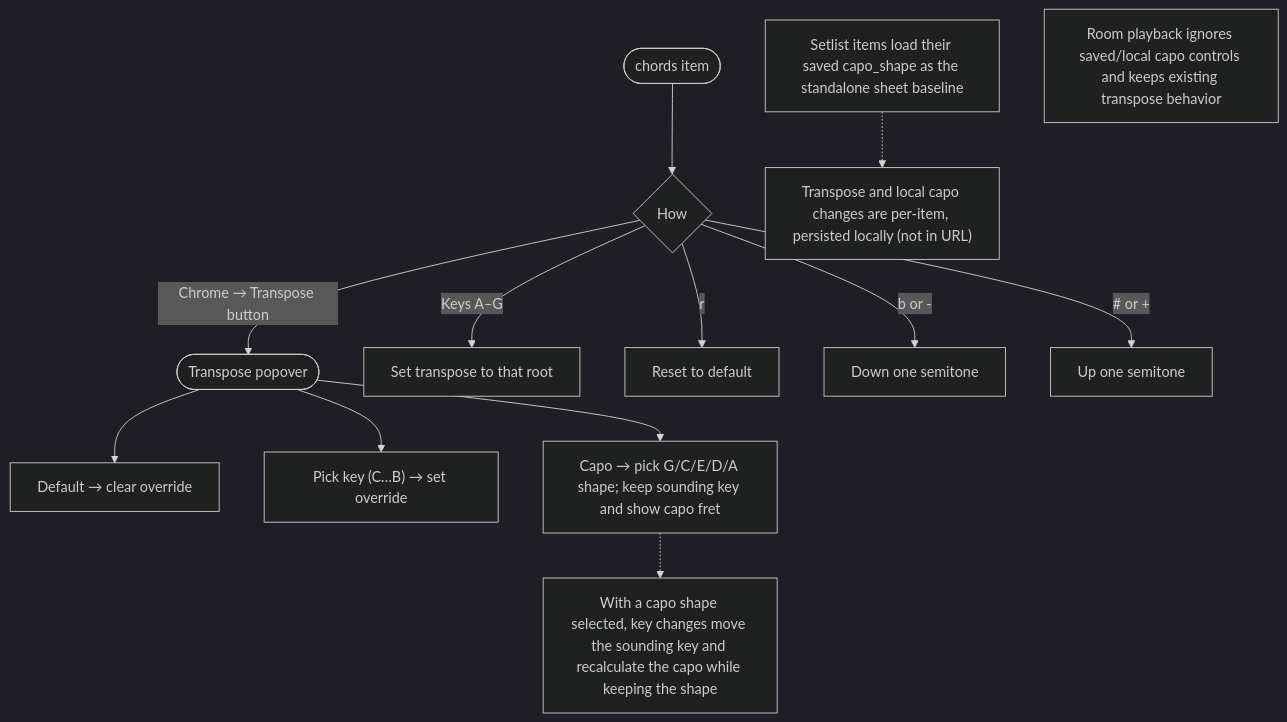
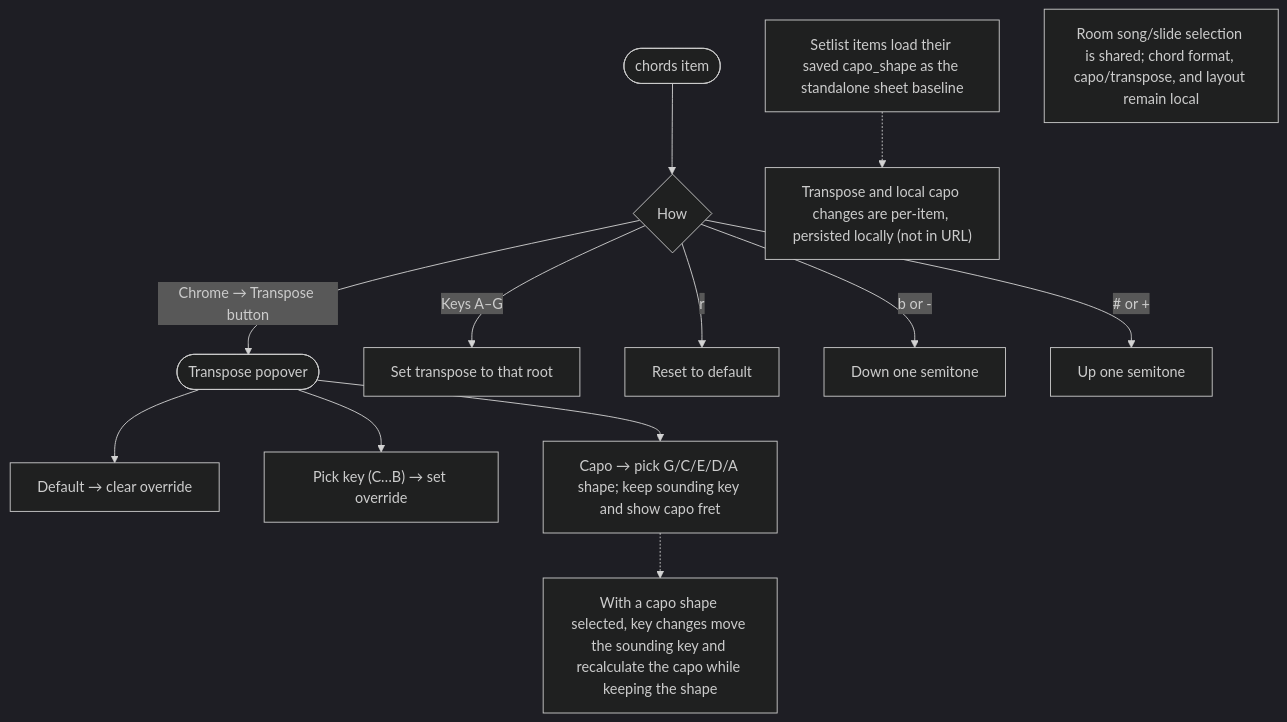
One commit to xilefmusics/worshipviewer changed diagram 35 of 57 in docs/architecture/frontend-user-flows.md. Above: the diagram before and after it, drawn with Mermaid (dark theme). The commit also changed other lines of this file and 76 other files, not shown here.

````diff
--- a/docs/architecture/frontend-user-flows.md
+++ b/docs/architecture/frontend-user-flows.md
@@ -616,17 +616,17 @@
 ```mermaid
 flowchart TD
     book(["chords item"]) --> how{How}
     how -->|Chrome → Transpose button| pop(["Transpose popover"])
     pop --> def["Default → clear override"]
     pop --> key["Pick key (C…B) → set override"]
     pop --> capo["Capo → pick G/C/E/D/A shape; keep sounding key and show capo fret"]
     how -->|Keys A–G| setroot["Set transpose to that root"]
     how -->|r| reset["Reset to default"]
     how -->|b or -| down["Down one semitone"]
     how -->|# or +| up["Up one semitone"]
     note["Transpose and local capo changes are per-item, persisted locally (not in URL)"]
     saved["Setlist items load their saved capo_shape as the standalone sheet baseline"]
     saved -.-> note
-    room["Room playback ignores saved/local capo controls and keeps existing transpose behavior"]
+    room["Room song/slide selection is shared; chord format, capo/transpose, and layout remain local"]
     capo -.-> note2["With a capo shape selected, key changes move the sounding key and recalculate the capo while keeping the shape"]
 ```
````
